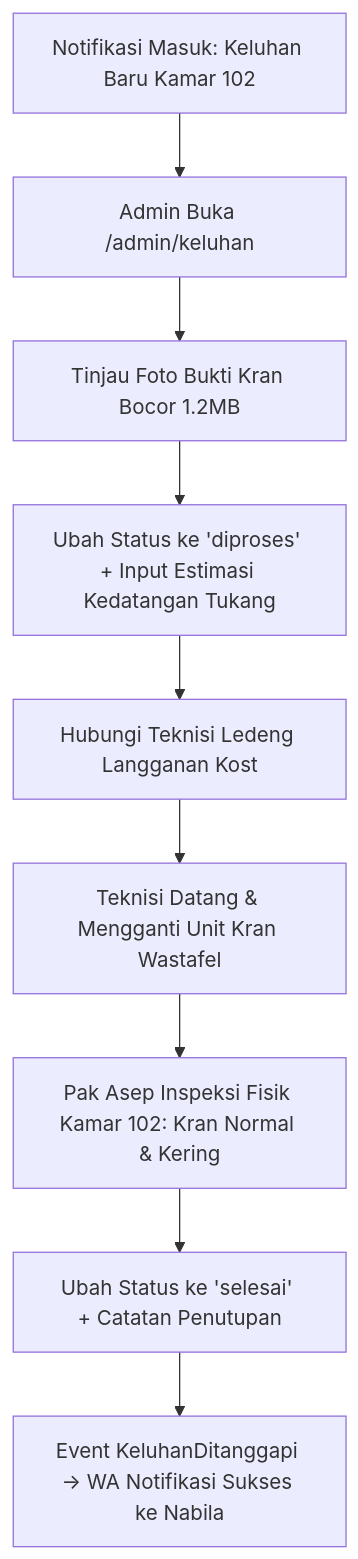
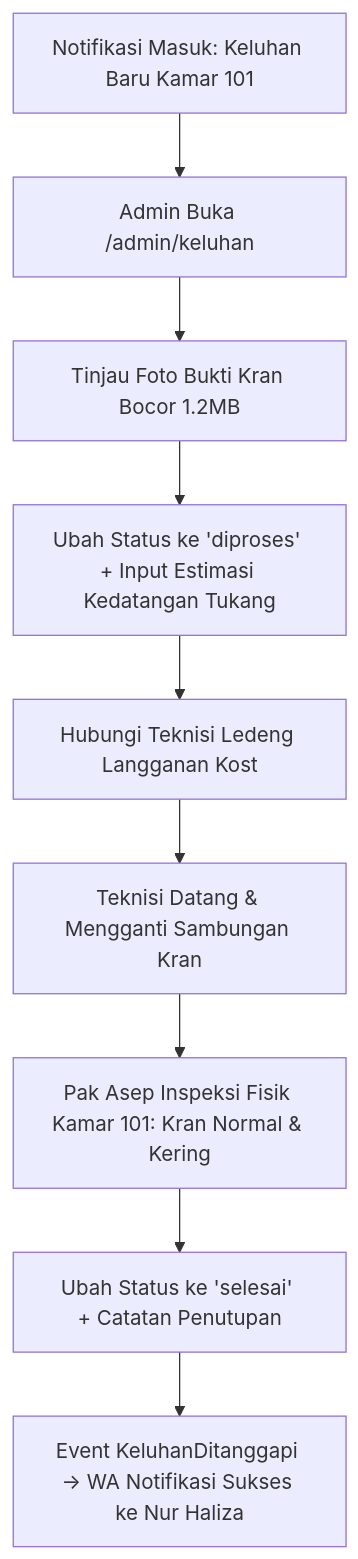
The fourth of 5 diagrams in Blueprint/Skenario_Cerita_Reservasi_Admin.md (rafifarsyapradiva/asri-boarding-house), drawn with Mermaid before and after one commit. The commit also changed other lines of this file and 22 other files, not shown here.

Commit message:
docs(blueprint): harmonisasi skenario penyewa & admin, panduan demo sidang skripsi data riil produksi live, dan finalisasi 9 diagram visual v247.0

````diff
--- a/Blueprint/Skenario_Cerita_Reservasi_Admin.md
+++ b/Blueprint/Skenario_Cerita_Reservasi_Admin.md
@@ -229,11 +236,11 @@
 ```mermaid
 flowchart TD
-    A[Notifikasi Masuk: Keluhan Baru Kamar 102] --> B[Admin Buka /admin/keluhan]
+    A[Notifikasi Masuk: Keluhan Baru Kamar 101] --> B[Admin Buka /admin/keluhan]
     B --> C[Tinjau Foto Bukti Kran Bocor 1.2MB]
     C --> D[Ubah Status ke 'diproses' + Input Estimasi Kedatangan Tukang]
     D --> E[Hubungi Teknisi Ledeng Langganan Kost]
-    E --> F[Teknisi Datang & Mengganti Unit Kran Wastafel]
-    F --> G[Pak Asep Inspeksi Fisik Kamar 102: Kran Normal & Kering]
+    E --> F[Teknisi Datang & Mengganti Sambungan Kran]
+    F --> G[Pak Asep Inspeksi Fisik Kamar 101: Kran Normal & Kering]
     G --> H[Ubah Status ke 'selesai' + Catatan Penutupan]
-    H --> I[Event KeluhanDitanggapi -> WA Notifikasi Sukses ke Nabila]
+    H --> I[Event KeluhanDitanggapi -> WA Notifikasi Sukses ke Nur Haliza]
 ```
````
